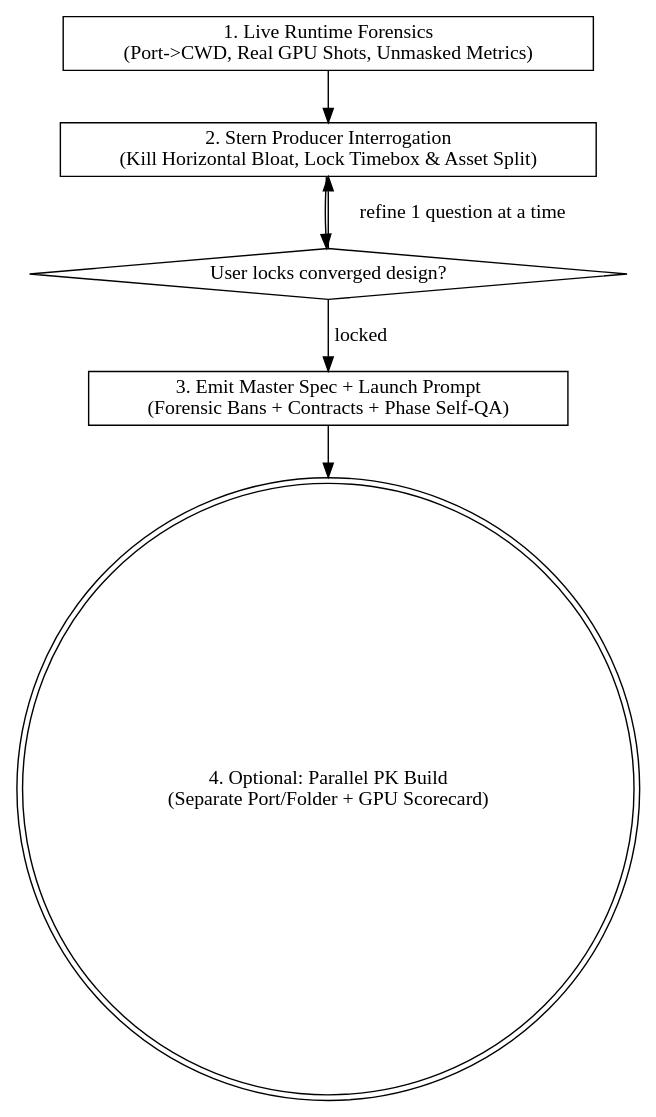
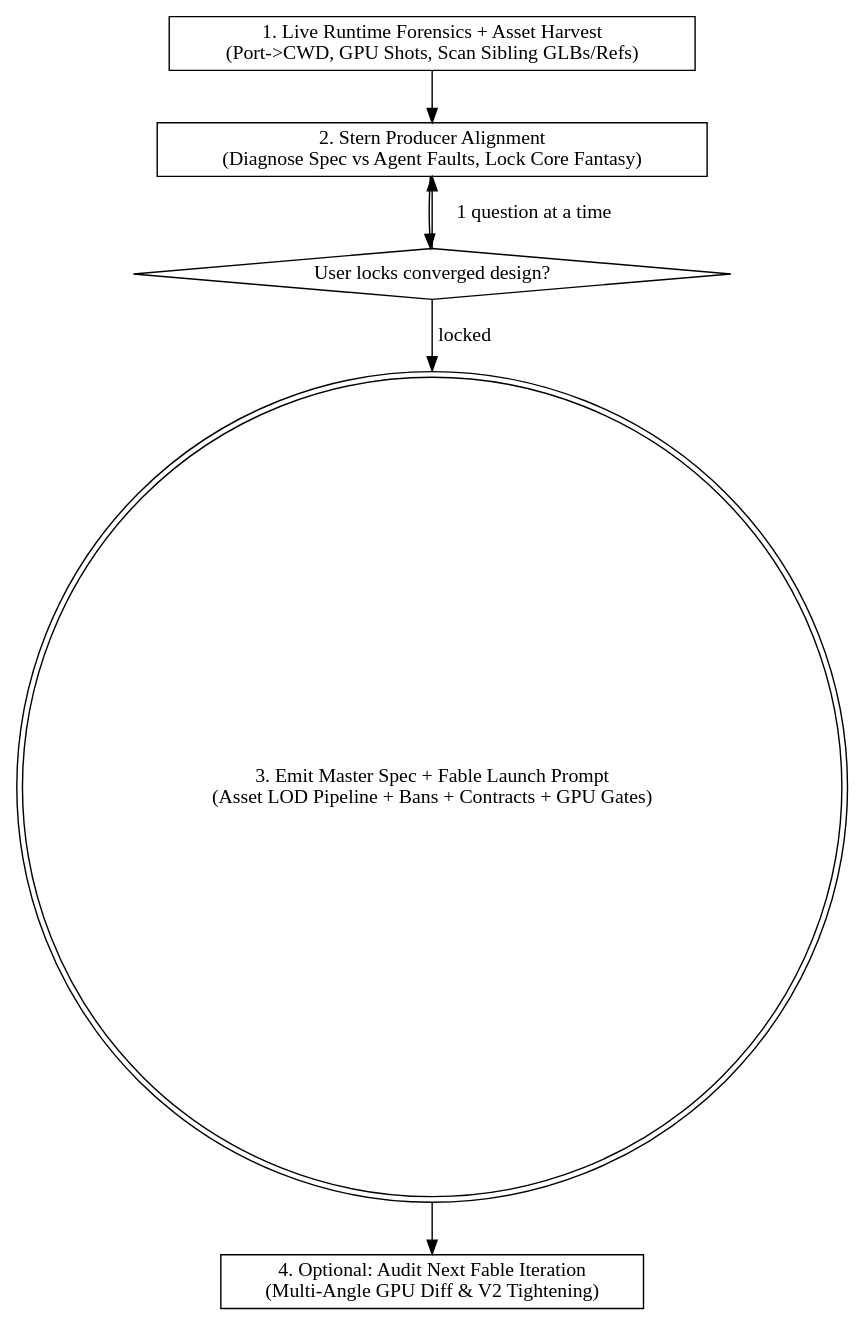
The diagram in critique-and-unleash/SKILL.md (Theodorevast/skills-manager-backup), drawn with Graphviz before and after one commit. The commit also changed other lines of this file and 1 other file, not shown here.

````diff
--- a/critique-and-unleash/SKILL.md
+++ b/critique-and-unleash/SKILL.md
@@ -20,15 +20,15 @@
 ```dot
 digraph critique_and_unleash {
-    "1. Live Runtime Forensics\n(Port->CWD, Real GPU Shots, Unmasked Metrics)" [shape=box];
-    "2. Stern Producer Interrogation\n(Kill Horizontal Bloat, Lock Timebox & Asset Split)" [shape=box];
+    "1. Live Runtime Forensics + Asset Harvest\n(Port->CWD, GPU Shots, Scan Sibling GLBs/Refs)" [shape=box];
+    "2. Stern Producer Alignment\n(Diagnose Spec vs Agent Faults, Lock Core Fantasy)" [shape=box];
     "User locks converged design?" [shape=diamond];
-    "3. Emit Master Spec + Launch Prompt\n(Forensic Bans + Contracts + Phase Self-QA)" [shape=box];
-    "4. Optional: Parallel PK Build\n(Separate Port/Folder + GPU Scorecard)" [shape=doublecircle];
+    "3. Emit Master Spec + Fable Launch Prompt\n(Asset LOD Pipeline + Bans + Contracts + GPU Gates)" [shape=doublecircle];
+    "4. Optional: Audit Next Fable Iteration\n(Multi-Angle GPU Diff & V2 Tightening)" [shape=box];
 
-    "1. Live Runtime Forensics\n(Port->CWD, Real GPU Shots, Unmasked Metrics)" -> "2. Stern Producer Interrogation\n(Kill Horizontal Bloat, Lock Timebox & Asset Split)";
-    "2. Stern Producer Interrogation\n(Kill Horizontal Bloat, Lock Timebox & Asset Split)" -> "User locks converged design?";
-    "User locks converged design?" -> "2. Stern Producer Interrogation\n(Kill Horizontal Bloat, Lock Timebox & Asset Split)" [label="refine 1 question at a time"];
-    "User locks converged design?" -> "3. Emit Master Spec + Launch Prompt\n(Forensic Bans + Contracts + Phase Self-QA)" [label="locked"];
-    "3. Emit Master Spec + Launch Prompt\n(Forensic Bans + Contracts + Phase Self-QA)" -> "4. Optional: Parallel PK Build\n(Separate Port/Folder + GPU Scorecard)";
+    "1. Live Runtime Forensics + Asset Harvest\n(Port->CWD, GPU Shots, Scan Sibling GLBs/Refs)" -> "2. Stern Producer Alignment\n(Diagnose Spec vs Agent Faults, Lock Core Fantasy)";
+    "2. Stern Producer Alignment\n(Diagnose Spec vs Agent Faults, Lock Core Fantasy)" -> "User locks converged design?";
+    "User locks converged design?" -> "2. Stern Producer Alignment\n(Diagnose Spec vs Agent Faults, Lock Core Fantasy)" [label="1 question at a time"];
+    "User locks converged design?" -> "3. Emit Master Spec + Fable Launch Prompt\n(Asset LOD Pipeline + Bans + Contracts + GPU Gates)" [label="locked"];
+    "3. Emit Master Spec + Fable Launch Prompt\n(Asset LOD Pipeline + Bans + Contracts + GPU Gates)" -> "4. Optional: Audit Next Fable Iteration\n(Multi-Angle GPU Diff & V2 Tightening)";
 }
 ```
````
